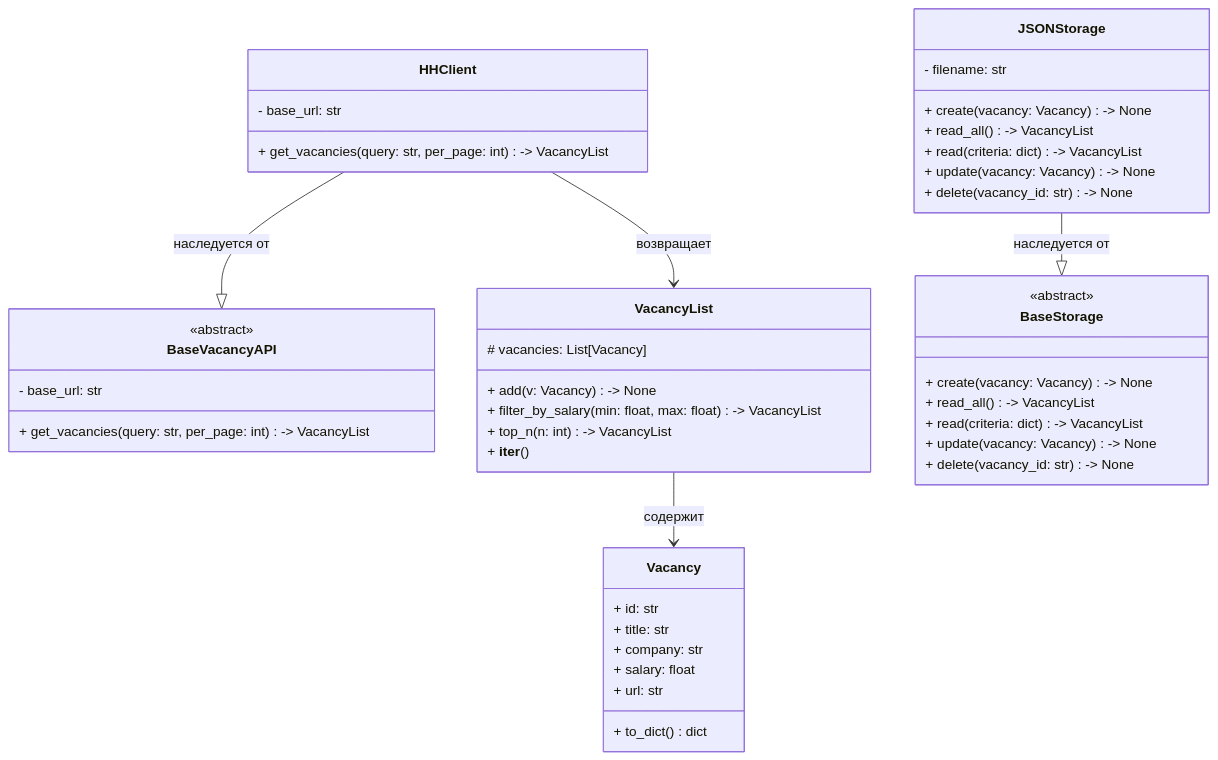
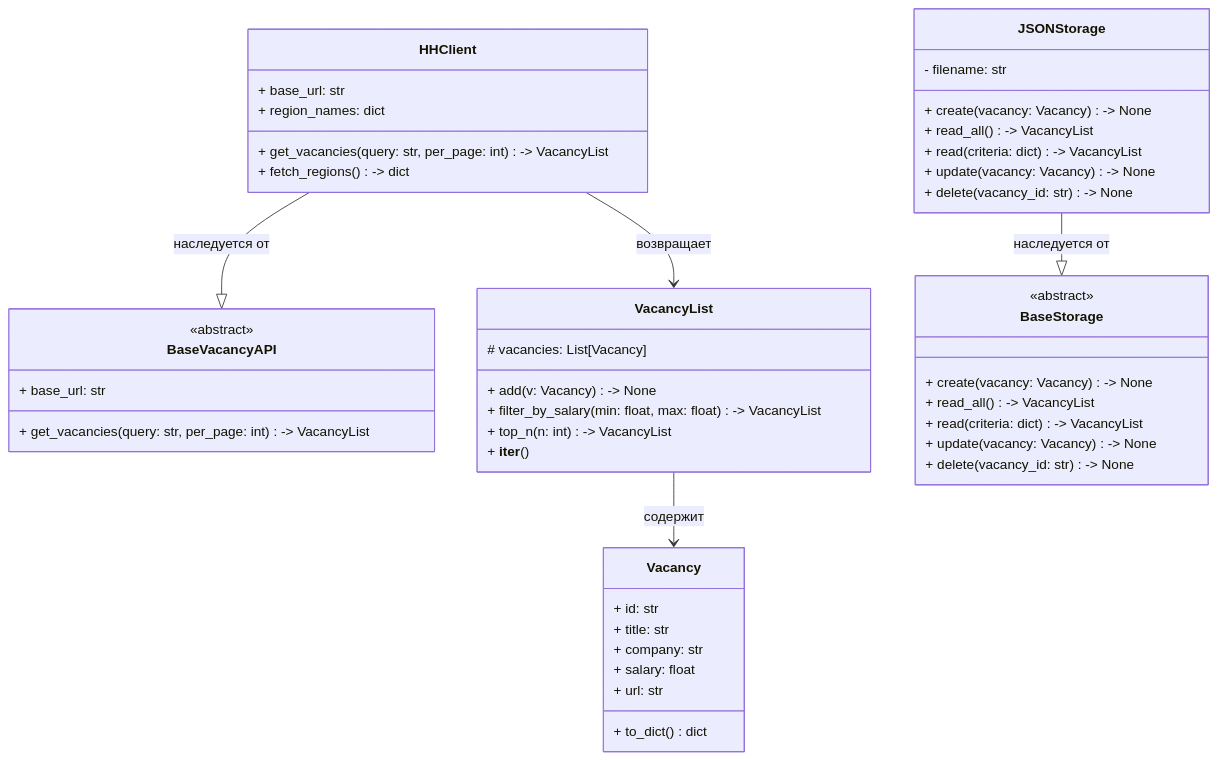
One commit to dagniden/HHParser changed the diagram in README.md. Above: the diagram before and after it, drawn with Mermaid. The commit also changed other lines of this file and 4 other files, not shown here.

Commit message:
Добавлен список регионов в HHClient и его наполнение методом fetch_regions()

````diff
--- a/README.md
+++ b/README.md
@@ -23,57 +23,59 @@
 ```mermaid
 
 classDiagram
     class BaseVacancyAPI {
         <<abstract>>
-        - base_url: str
+        + base_url: str
         + get_vacancies(query: str, per_page: int) -> VacancyList
     }
 
     class HHClient {
-        - base_url: str
+        + base_url: str
+        + region_names: dict
         + get_vacancies(query: str, per_page: int) -> VacancyList
+        + fetch_regions() -> dict 
     }
 
     class Vacancy {
         + id: str
         + title: str
         + company: str
         + salary: float
         + url: str
         + to_dict() dict
     }
 
     class VacancyList {
         # vacancies: List[Vacancy]
         + add(v: Vacancy) -> None
         + filter_by_salary(min: float, max: float) -> VacancyList
         + top_n(n: int) -> VacancyList
         + __iter__()
     }
 
     class BaseStorage {
         <<abstract>>
         + create(vacancy: Vacancy) -> None
         + read_all() -> VacancyList
         + read(criteria: dict) -> VacancyList
         + update(vacancy: Vacancy) -> None
         + delete(vacancy_id: str) -> None
     }
 
     class JSONStorage {
         - filename: str
         + create(vacancy: Vacancy) -> None
         + read_all() -> VacancyList
         + read(criteria: dict) -> VacancyList
         + update(vacancy: Vacancy) -> None
         + delete(vacancy_id: str) -> None
     }
         
     HHClient --|> BaseVacancyAPI: наследуется от
     HHClient --> VacancyList: возвращает
     VacancyList --> Vacancy: содержит
     JSONStorage --|> BaseStorage: наследуется от
 
 
 
 ```
````
